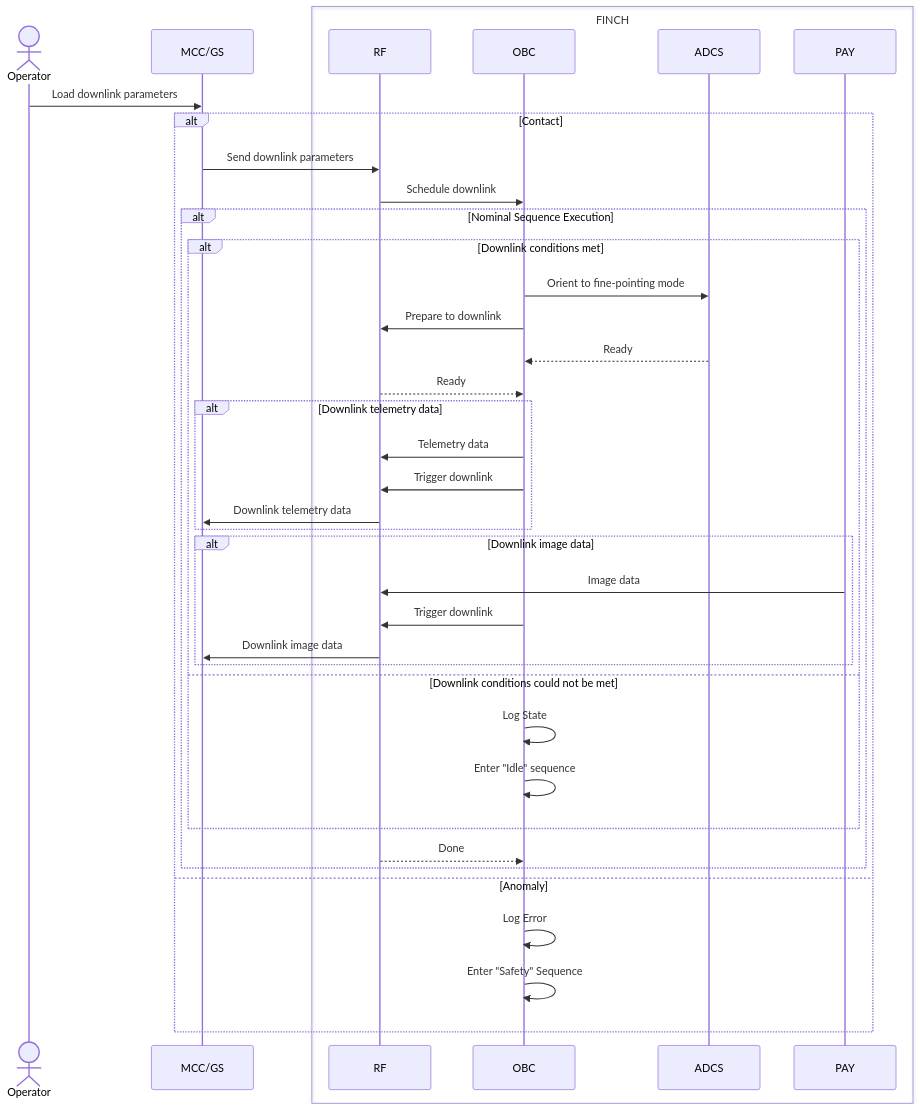
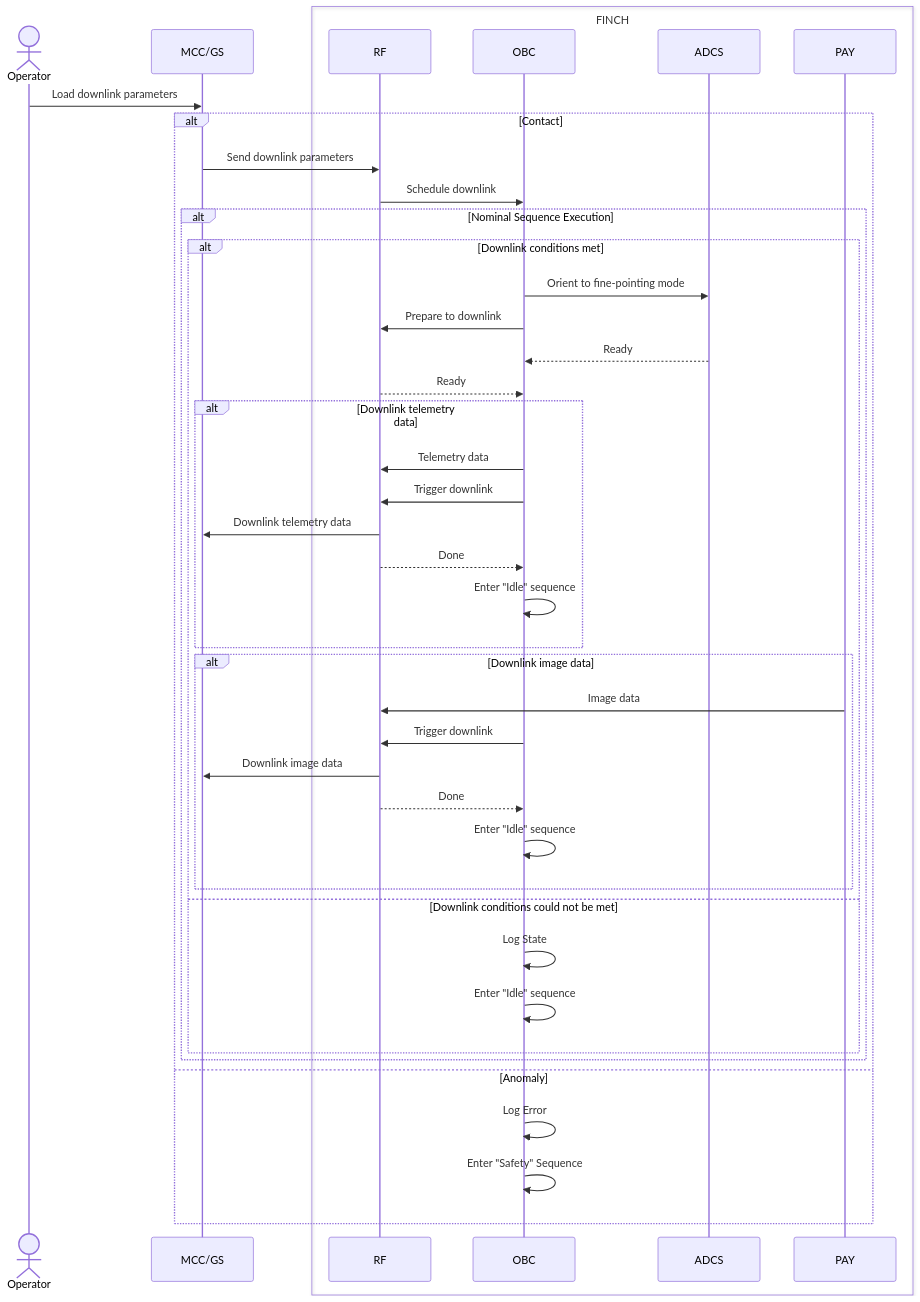
The diagram in command sequences/downlinking-command.md (utat-ss/FINCH-sequence-diagrams), drawn with Mermaid before and after one commit.

````diff
--- a/command sequences/downlinking-command.md
+++ b/command sequences/downlinking-command.md
@@ -2,52 +2,59 @@
 ```mermaid
 
 sequenceDiagram
 
     Actor Operator
     participant MCC/GS
     box FINCH
         participant RF
         participant OBC
         participant ADCS
         participant PAY
     end
 
     Operator->>MCC/GS: Load downlink parameters
     
     alt Contact
         MCC/GS->>RF: Send downlink parameters
         RF->>OBC: Schedule downlink
 
         alt Nominal Sequence Execution
             alt Downlink conditions met
                 OBC->>ADCS: Orient to fine-pointing mode
                 OBC->>RF: Prepare to downlink
                 ADCS-->>OBC: Ready
                 RF-->>OBC: Ready
     
                 alt Downlink telemetry data
                     OBC->>RF: Telemetry data
                     OBC->>RF: Trigger downlink
-                    RF->>MCC/GS: Downlink telemetry data 
+                    RF->>MCC/GS: Downlink telemetry data
+                    RF-->>OBC: Done
+                    OBC->>OBC: Enter "Idle" sequence
+
                 end
     
                 alt Downlink image data
                     # what's the criteria for downlinking an image?
                     PAY->>RF: Image data
                     OBC->>RF: Trigger downlink
                     RF->>MCC/GS: Downlink image data
+                    RF-->>OBC: Done
+                    OBC->>OBC: Enter "Idle" sequence
+
+
+
                 end
                 
             else Downlink conditions could not be met
                 OBC->>OBC: Log State
                 OBC->>OBC: Enter "Idle" sequence
             end
         
-            RF-->>OBC: Done  
         end
         else Anomaly
             OBC->>OBC: Log Error
             OBC->>OBC: Enter "Safety" Sequence
         end
 
 ```
````
